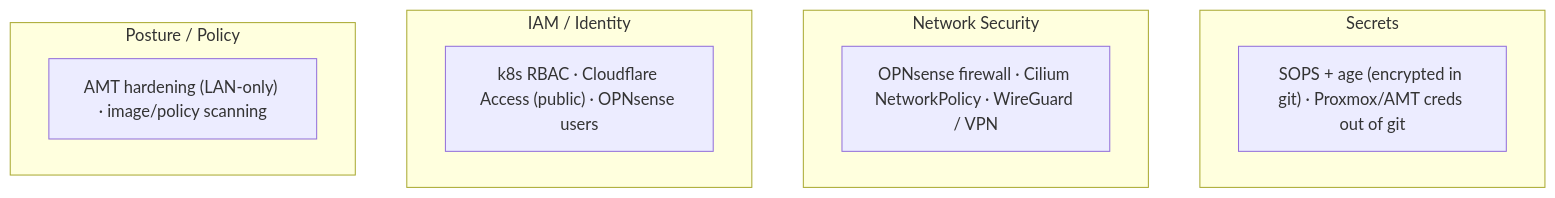
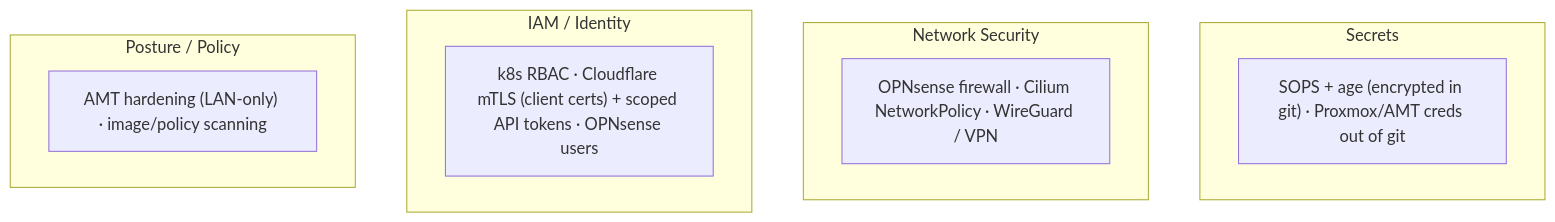
The sixth of 6 diagrams in ARCHITECTURE.md (teststuffstash/homelab), drawn with Mermaid before and after one commit. The commit also changed other lines of this file and 13 other files, not shown here.

````diff
--- a/ARCHITECTURE.md
+++ b/ARCHITECTURE.md
@@ -125,15 +127,15 @@
 ```mermaid
 flowchart TB
     subgraph SECRETS["Secrets"]
         K["SOPS + age (encrypted in git) · Proxmox/AMT creds out of git"]
     end
     subgraph NETSEC["Network Security"]
         F["OPNsense firewall · Cilium NetworkPolicy · WireGuard / VPN"]
     end
     subgraph IAM["IAM / Identity"]
-        I["k8s RBAC · Cloudflare Access (public) · OPNsense users"]
+        I["k8s RBAC · Cloudflare mTLS (client certs) + scoped API tokens · OPNsense users"]
     end
     subgraph POSTURE["Posture / Policy"]
         P["AMT hardening (LAN-only) · image/policy scanning"]
     end
 ```
````
